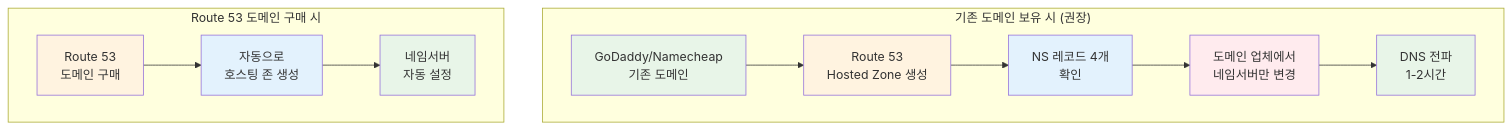
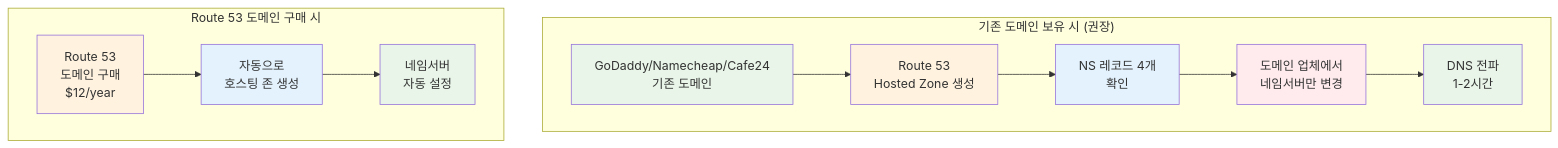
The third of 3 diagrams in theory/november/week_01/day5/lab_1.md (niceguy61/kdt_devops_lecture_2025), drawn with Mermaid before and after one commit. The commit also changed other lines of this file, not shown here.

````diff
--- a/theory/november/week_01/day5/lab_1.md
+++ b/theory/november/week_01/day5/lab_1.md
@@ -220,29 +220,29 @@
 ```mermaid
 graph TB
     subgraph "기존 도메인 보유 시 (권장)"
-        A1[GoDaddy/Namecheap<br/>기존 도메인]
+        A1[GoDaddy/Namecheap/Cafe24<br/>기존 도메인]
         A2[Route 53<br/>Hosted Zone 생성]
         A3[NS 레코드 4개<br/>확인]
         A4[도메인 업체에서<br/>네임서버만 변경]
         A5[DNS 전파<br/>1-2시간]
         
         A1 --> A2 --> A3 --> A4 --> A5
     end
     
     subgraph "Route 53 도메인 구매 시"
-        B1[Route 53<br/>도메인 구매]
+        B1[Route 53<br/>도메인 구매<br/>$12/year]
         B2[자동으로<br/>호스팅 존 생성]
         B3[네임서버<br/>자동 설정]
         
         B1 --> B2 --> B3
     end
     
     style A1 fill:#e8f5e8
     style A2 fill:#fff3e0
     style A3 fill:#e3f2fd
     style A4 fill:#ffebee
     style A5 fill:#e8f5e8
     style B1 fill:#fff3e0
     style B2 fill:#e3f2fd
     style B3 fill:#e8f5e8
 ```
````
